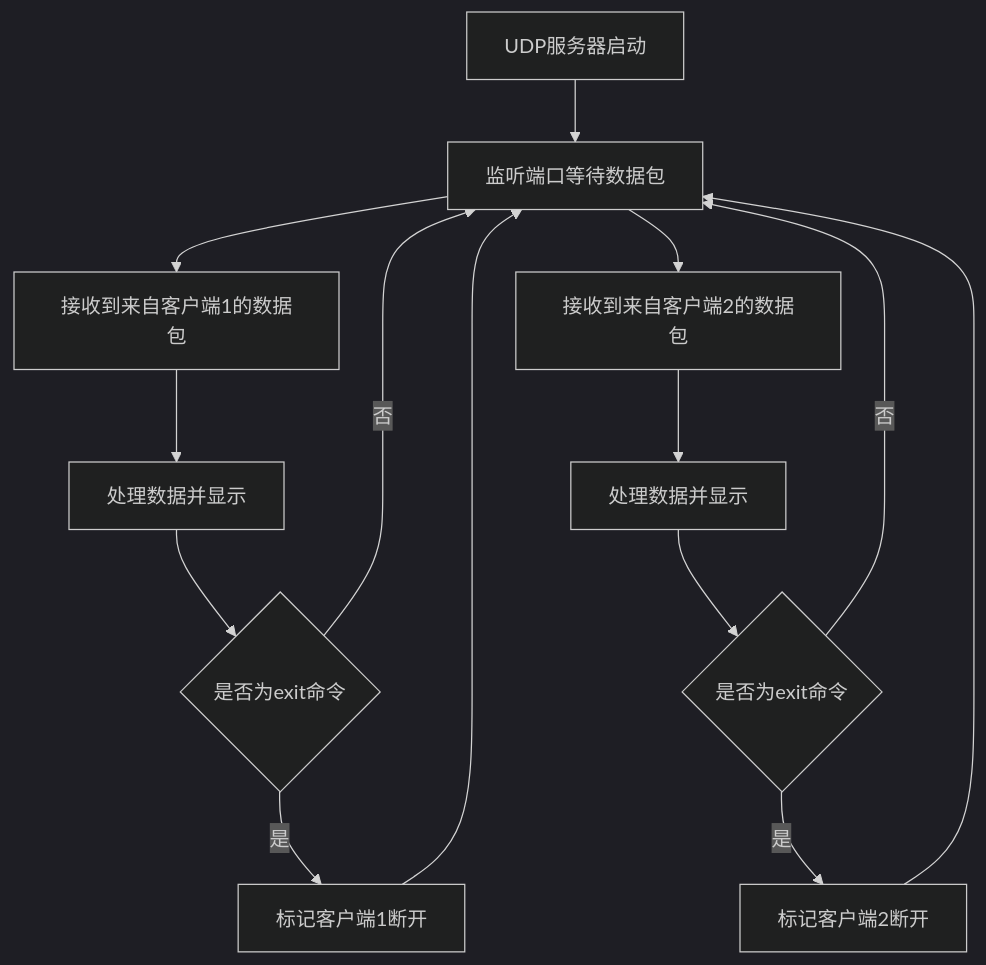
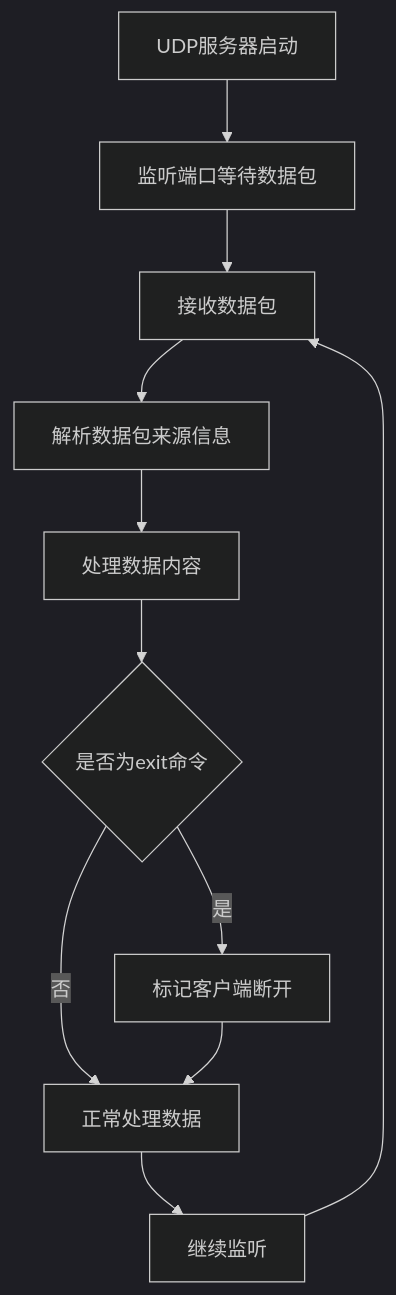
Before and after one commit to ZhangPeiyangXD/blog-zpy: the second of 2 diagrams in source/_posts/UDP&&TCP Note.md, drawn with Mermaid (dark theme). The commit also changed other lines of this file, not shown here.

````diff
--- a/source/_posts/UDP&&TCP Note.md
+++ b/source/_posts/UDP&&TCP Note.md
@@ -175,16 +176,13 @@
    ```mermaid
    graph TD
    A[UDP服务器启动] --> B[监听端口等待数据包]
-   B --> C[接收到来自客户端1的数据包]
-   C --> D[处理数据并显示]
-   D --> E{是否为exit命令}
-   E -->|否| B
-   E -->|是| F[标记客户端1断开]
-   F --> B
-   B --> G[接收到来自客户端2的数据包]
-   G --> H[处理数据并显示]
-   H --> I{是否为exit命令}
-   I -->|否| B
-   I -->|是| J[标记客户端2断开]
-   J --> B
+   B --> C[接收数据包]
+   C --> D[解析数据包来源信息]
+   D --> E[处理数据内容]
+   E --> F{是否为exit命令}
+   F -->|是| G[标记客户端断开]
+   F -->|否| H[正常处理数据]
+   G --> H
+   H --> I[继续监听]
+   I --> C
    ```
````
